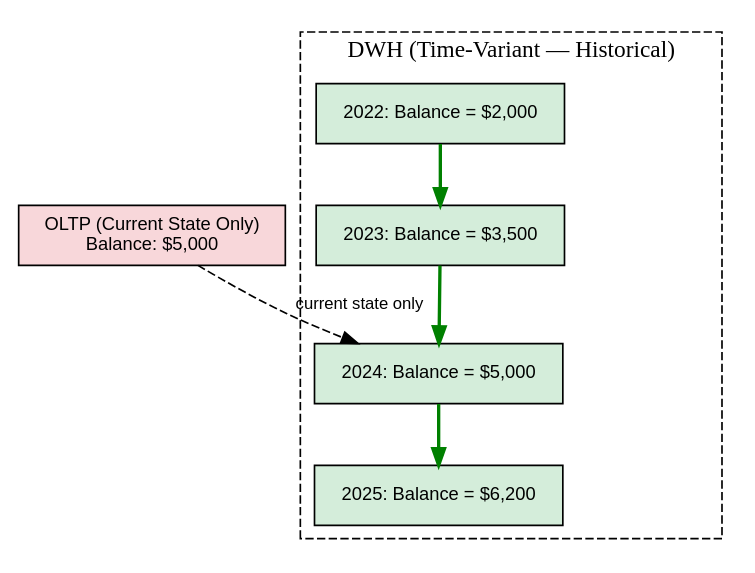
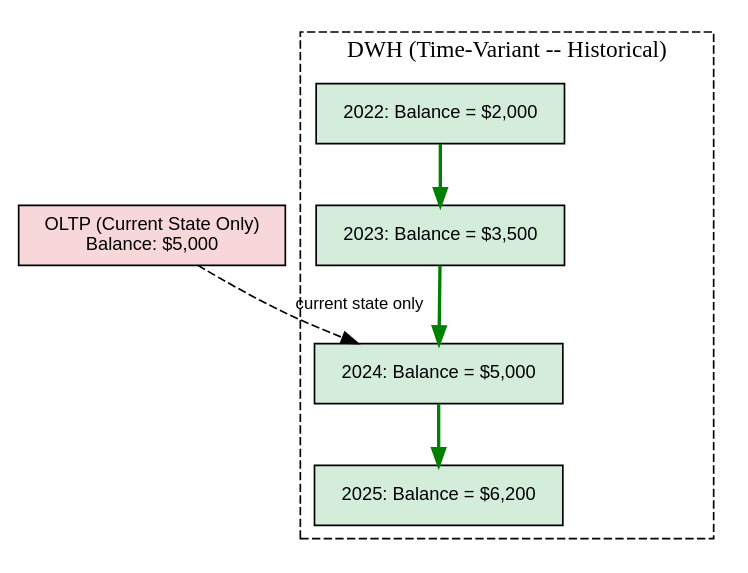
Before and after one commit to animishraa05/animishraa05.github.io: the first of 2 diagrams in content/wiki/data-warehouse/time-variant-dwh.md, drawn with Graphviz. The commit also changed other lines of this file and 1221 other files, not shown here.

````diff
--- a/content/wiki/data-warehouse/time-variant-dwh.md
+++ b/content/wiki/data-warehouse/time-variant-dwh.md
@@ -31,21 +31,21 @@
 ```dot
 digraph time_variant {
   rankdir=TB
   node [shape=box style=filled fontname="Helvetica" fontsize=11]
   edge [fontname="Helvetica" fontsize=10]
 
   oltp [label="OLTP (Current State Only)\nBalance: $5,000" fillcolor="#f8d7da"]
 
   subgraph cluster_time_series {
-    label="DWH (Time-Variant — Historical)"
+    label="DWH (Time-Variant -- Historical)"
     style=dashed
     t1 [label="2022: Balance = $2,000" fillcolor="#d4edda"]
     t2 [label="2023: Balance = $3,500" fillcolor="#d4edda"]
     t3 [label="2024: Balance = $5,000" fillcolor="#d4edda"]
     t4 [label="2025: Balance = $6,200" fillcolor="#d4edda"]
     t1 -> t2 -> t3 -> t4 [style=bold color=green]
   }
 
   oltp -> t3 [label="current state only" style=dashed]
 }
 ```
````
